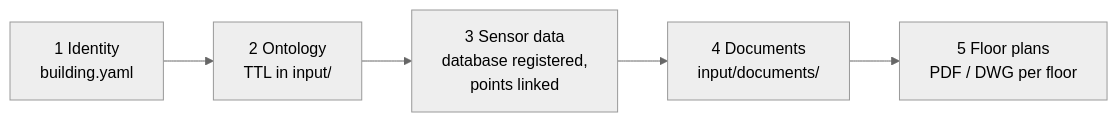
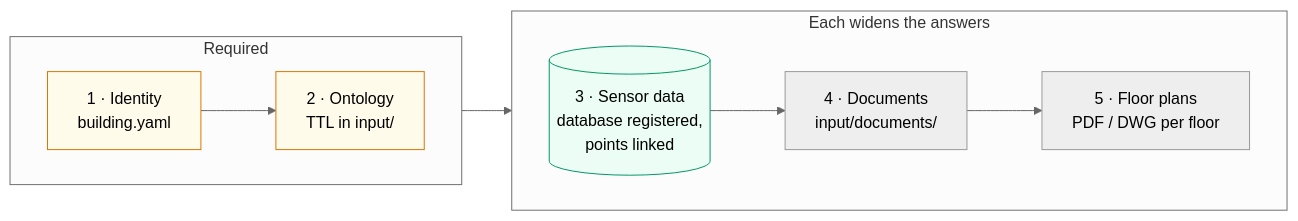
One commit to suhasdevmane/suhasdevmane.github.io changed the second of 4 diagrams in _docs/onboarding-building.md. Above: the diagram before and after it, drawn with Mermaid (neutral theme). The commit also changed other lines of this file and 958 other files, not shown here.

````diff
--- a/_docs/onboarding-building.md
+++ b/_docs/onboarding-building.md
@@ -37,7 +39,17 @@
 ```mermaid
+%% caption: The five onboarding steps. The first two are required for any answer; each of the others widens what can be answered.
 flowchart LR
-    I["1 Identity<br/>building.yaml"] --> O["2 Ontology<br/>TTL in input/"]
-    O --> D["3 Sensor data<br/>database registered,<br/>points linked"]
-    D --> DOC["4 Documents<br/>input/documents/"]
-    DOC --> FP["5 Floor plans<br/>PDF / DWG per floor"]
+    subgraph req["Required"]
+        direction LR
+        I["1 · Identity<br/>building.yaml"]:::check --> O["2 · Ontology<br/>TTL in input/"]:::check
+    end
+    subgraph opt["Each widens the answers"]
+        direction LR
+        D[("3 · Sensor data<br/>database registered,<br/>points linked")]:::store --> DOC["4 · Documents<br/>input/documents/"]
+        DOC --> FP["5 · Floor plans<br/>PDF / DWG per floor"]
+    end
+    O --> D
+
+    classDef check fill:#fffbeb,stroke:#d97706
+    classDef store fill:#ecfdf5,stroke:#059669
 ```
````
